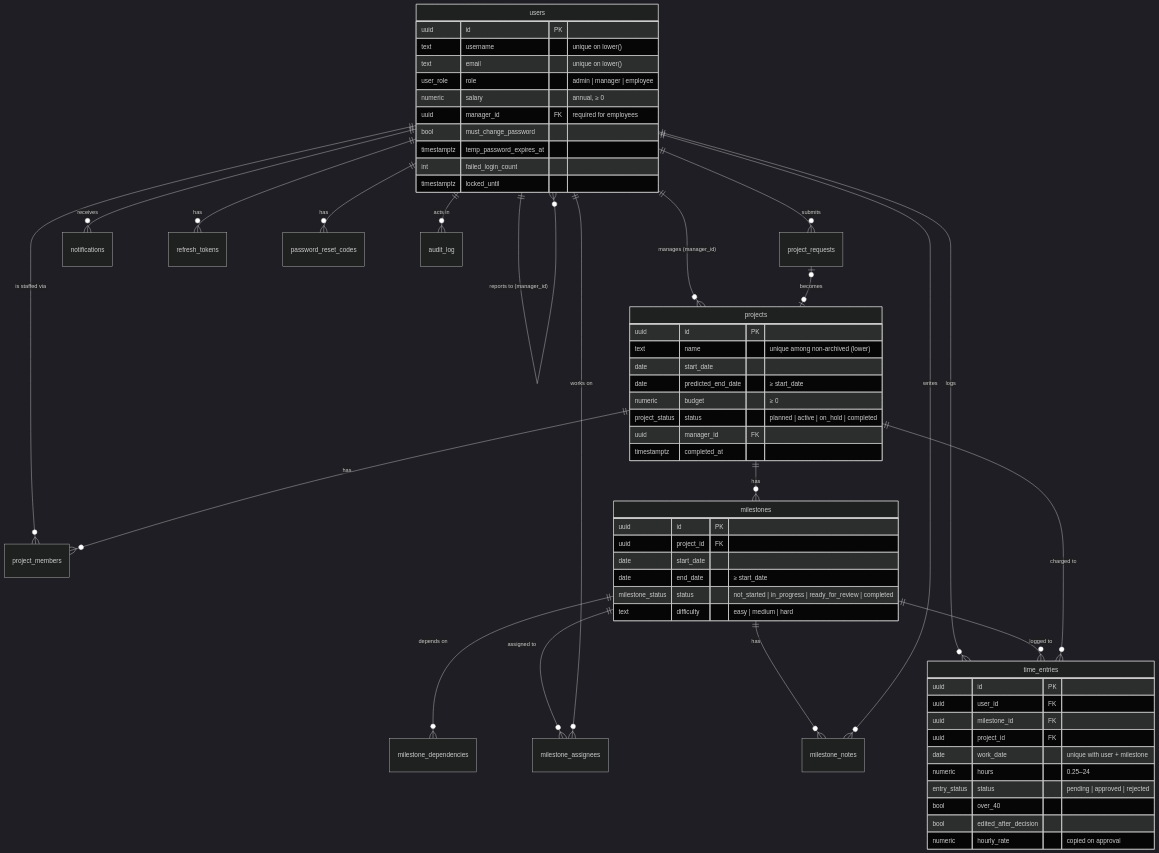
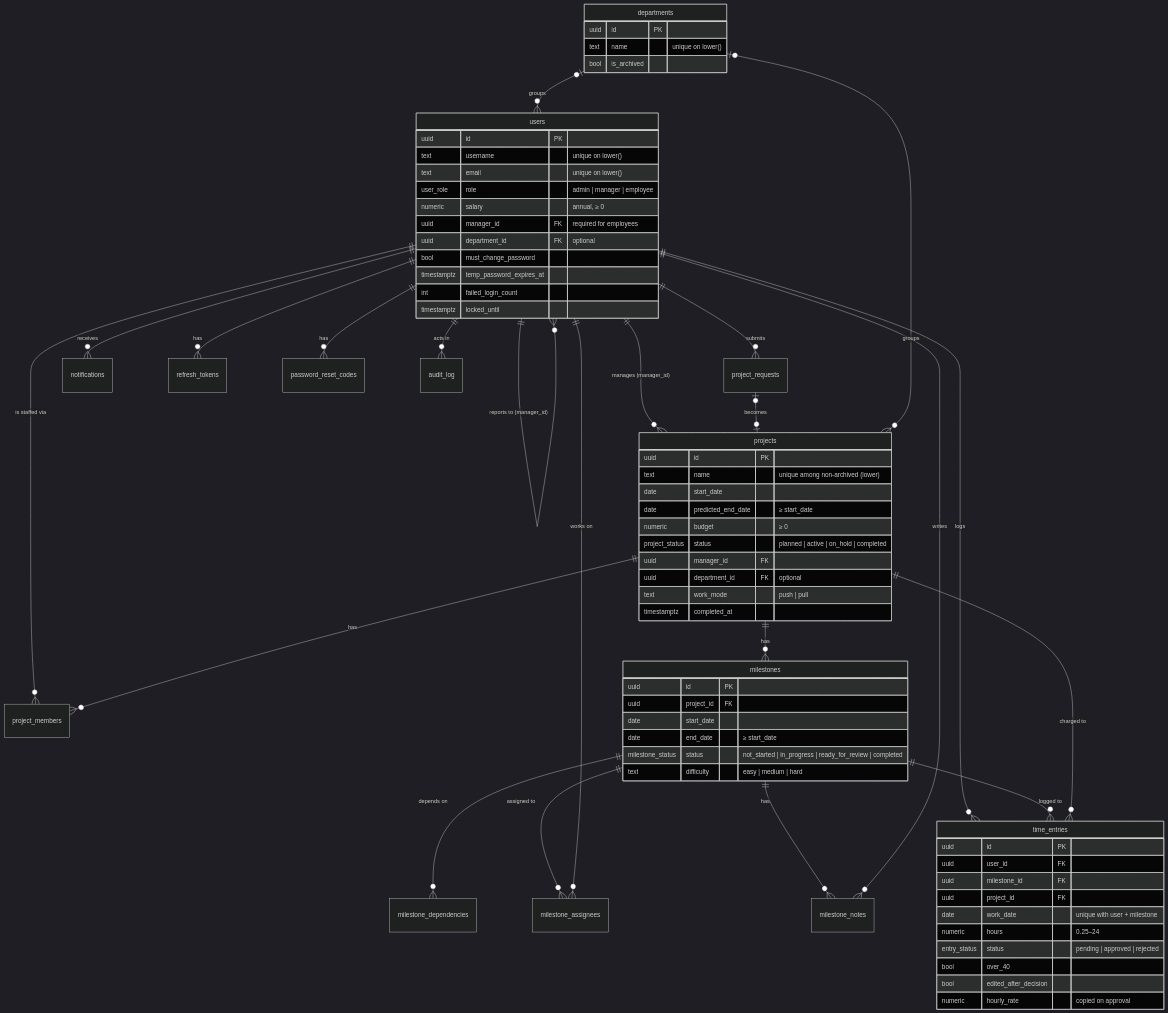
One commit to RootMoataz/citi-overwatch changed the diagram in docs/project/DATA_MODEL.md. Above: the diagram before and after it, drawn with Mermaid (dark theme). The commit also changed other lines of this file and 23 other files, not shown here.

First line of the commit message:
Add the Departments page, department and work-mode pickers, the dashboard filter and Claim

````diff
--- a/docs/project/DATA_MODEL.md
+++ b/docs/project/DATA_MODEL.md
@@ -15,65 +15,75 @@
 ```mermaid
 erDiagram
   users ||--o{ users : "reports to (manager_id)"
   users ||--o{ projects : "manages (manager_id)"
   users ||--o{ project_members : "is staffed via"
   projects ||--o{ project_members : has
   projects ||--o{ milestones : has
   milestones ||--o{ milestone_dependencies : "depends on"
   milestones ||--o{ milestone_assignees : "assigned to"
   users ||--o{ milestone_assignees : "works on"
   milestones ||--o{ milestone_notes : has
   users ||--o{ milestone_notes : writes
   users ||--o{ time_entries : logs
   milestones ||--o{ time_entries : "logged to"
   projects ||--o{ time_entries : "charged to"
   users ||--o{ project_requests : submits
   project_requests |o--o| projects : "becomes"
   users ||--o{ notifications : receives
   users ||--o{ refresh_tokens : has
   users ||--o{ password_reset_codes : has
   users ||--o{ audit_log : "acts in"
+  departments |o--o{ users : "groups"
+  departments |o--o{ projects : "groups"
 
   users {
     uuid id PK
     text username "unique on lower()"
     text email "unique on lower()"
     user_role role "admin | manager | employee"
     numeric salary "annual, ≥ 0"
     uuid manager_id FK "required for employees"
+    uuid department_id FK "optional"
     bool must_change_password
     timestamptz temp_password_expires_at
     int failed_login_count
     timestamptz locked_until
   }
   projects {
     uuid id PK
     text name "unique among non-archived (lower)"
     date start_date
     date predicted_end_date "≥ start_date"
     numeric budget "≥ 0"
     project_status status "planned | active | on_hold | completed"
     uuid manager_id FK
+    uuid department_id FK "optional"
+    text work_mode "push | pull"
     timestamptz completed_at
+  }
+  departments {
+    uuid id PK
+    text name "unique on lower()"
+    bool is_archived
   }
   milestones {
     uuid id PK
     uuid project_id FK
     date start_date
     date end_date "≥ start_date"
     milestone_status status "not_started | in_progress | ready_for_review | completed"
     text difficulty "easy | medium | hard"
   }
   time_entries {
     uuid id PK
     uuid user_id FK
     uuid milestone_id FK
     uuid project_id FK
     date work_date "unique with user + milestone"
     numeric hours "0.25–24"
     entry_status status "pending | approved | rejected"
     bool over_40
     bool edited_after_decision
     numeric hourly_rate "copied on approval"
   }
 ```
````
